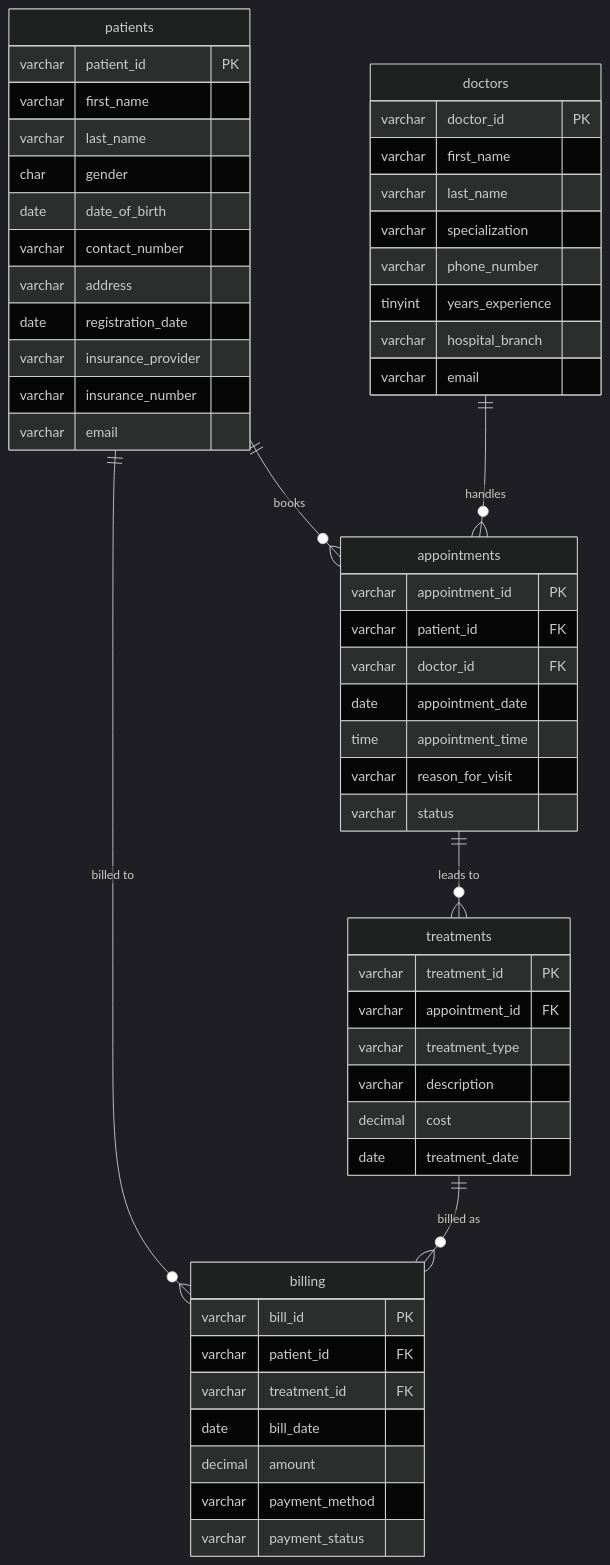
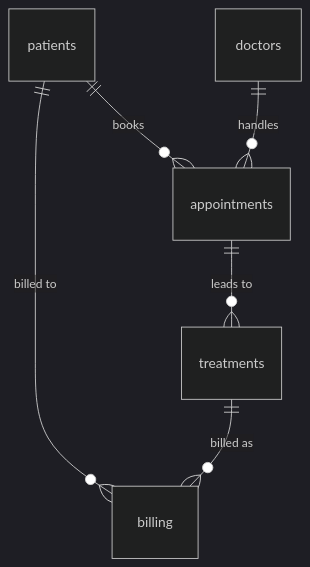
Before and after one commit to PampariNaresh/healthcare-data-platform: diagram 11 of 11 in PROJECT_DOCUMENTATION.md, drawn with Mermaid (dark theme). The commit also changed other lines of this file, not shown here.

First line of the commit message:
fix: resolve all ER diagram rendering failures on GitHub

````diff
--- a/PROJECT_DOCUMENTATION.md
+++ b/PROJECT_DOCUMENTATION.md
@@ -1185,62 +1185,8 @@
 ```mermaid
 erDiagram
-    patients {
-        varchar patient_id PK
-        varchar first_name
-        varchar last_name
-        char    gender
-        date    date_of_birth
-        varchar contact_number
-        varchar address
-        date    registration_date
-        varchar insurance_provider
-        varchar insurance_number
-        varchar email
-    }
-
-    doctors {
-        varchar  doctor_id PK
-        varchar  first_name
-        varchar  last_name
-        varchar  specialization
-        varchar  phone_number
-        tinyint  years_experience
-        varchar  hospital_branch
-        varchar  email
-    }
-
-    appointments {
-        varchar appointment_id PK
-        varchar patient_id FK
-        varchar doctor_id FK
-        date    appointment_date
-        time    appointment_time
-        varchar reason_for_visit
-        varchar status
-    }
-
-    treatments {
-        varchar treatment_id PK
-        varchar appointment_id FK
-        varchar treatment_type
-        varchar description
-        decimal cost
-        date    treatment_date
-    }
-
-    billing {
-        varchar bill_id PK
-        varchar patient_id FK
-        varchar treatment_id FK
-        date    bill_date
-        decimal amount
-        varchar payment_method
-        varchar payment_status
-    }
-
     patients     ||--o{ appointments : "books"
     doctors      ||--o{ appointments : "handles"
     appointments ||--o{ treatments   : "leads to"
     patients     ||--o{ billing      : "billed to"
     treatments   ||--o{ billing      : "billed as"
 ```
````
